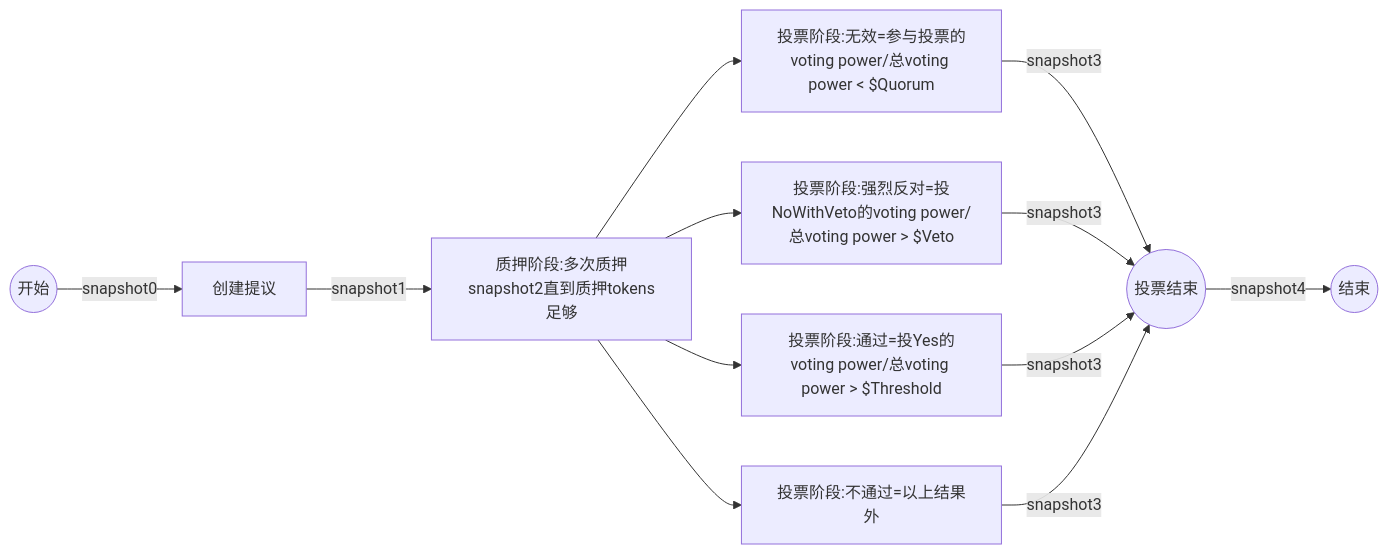
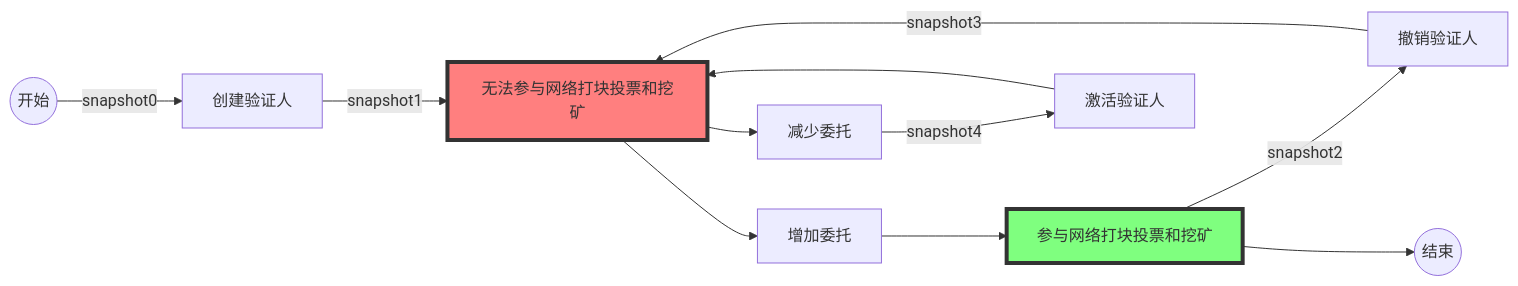
Before and after one commit to wangkuanzzu/qos: the fourth of 4 diagrams in docs/testcase/qoscli/query_tx/validator/业务串联情景/验证节点业务.md, drawn with Mermaid. The commit also changed other lines of this file and 5 other files, not shown here.

````diff
--- a/docs/testcase/qoscli/query_tx/validator/业务串联情景/验证节点业务.md
+++ b/docs/testcase/qoscli/query_tx/validator/业务串联情景/验证节点业务.md
@@ -46,18 +55,17 @@
 ```mermaid
 graph LR
-    start((开始)) --snapshot0--> create[创建提议]
-    create --snapshot1--> deposit[质押阶段:多次质押snapshot2直到质押tokens足够]
+    start((开始)) --snapshot0--> create[创建验证人]
+    create --snapshot1--> income1[无法参与网络打块投票和挖矿]
+    income1 --> increase[增加委托]
+    increase --> income2[参与网络打块投票和挖矿]
+    income2 --snapshot2--> revoke[撤销验证人]
+    revoke --snapshot3--> income1[无法参与网络打块投票和挖矿]
+    income1 --> decrease[减少委托]
+    decrease --snapshot4--> active[激活验证人]
+    active --> income1
 
-    deposit --> vote1[投票阶段:无效=参与投票的voting power/总voting power < $Quorum]
-    deposit --> vote2[投票阶段:强烈反对=投NoWithVeto的voting power/总voting power > $Veto]
-    deposit --> vote3[投票阶段:通过=投Yes的voting power/总voting power > $Threshold]
-    deposit --> vote4[投票阶段:不通过=以上结果外]
+    income2 --> over((结束))
 
-    vote1 --snapshot3--> voteover((投票结束))
-    vote2 --snapshot3--> voteover((投票结束))
-    vote3 --snapshot3--> voteover((投票结束))
-    vote4 --snapshot3--> voteover((投票结束))
-
-    voteover((投票结束)) --snapshot4--> over((结束))
-
+    style income2 fill:#0f0,stroke:#333,stroke-width:4px,fill-opacity:0.5
+    style income1 fill:#f00,stroke:#333,stroke-width:4px,fill-opacity:0.5
 ```
````
